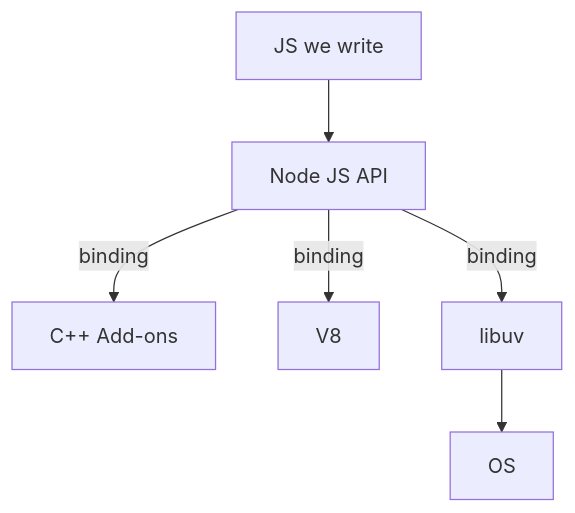
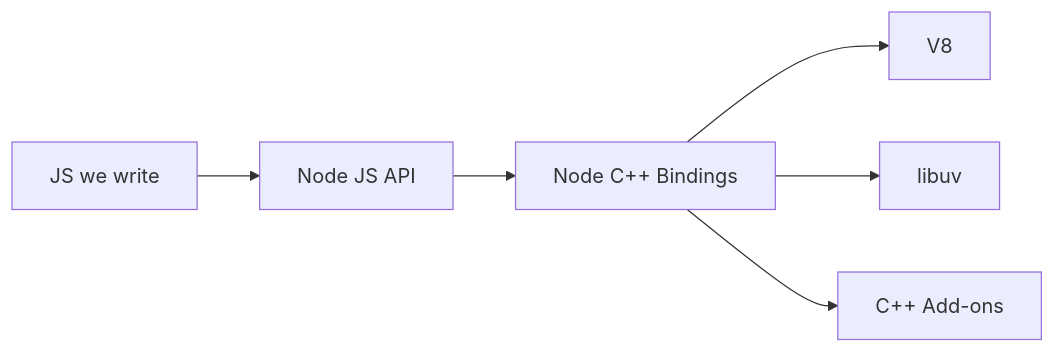
The diagram in nodejs.md (kin-cheung/adv-data-structures), drawn with Mermaid before and after one commit. The commit also changed other lines of this file, not shown here.

````diff
--- a/nodejs.md
+++ b/nodejs.md
@@ -10,11 +9,12 @@
 ```mermaid
-flowchart TD;
+flowchart LR;
   your_js["JS we write"]
   nodejs_js["Node JS API"]
+  binding[" Node C++ Bindings"]
   cpp_addons["C++ Add-ons"]
 
-  your_js --> nodejs_js
-  nodejs_js -- binding --> V8
-  nodejs_js -- binding --> libuv --> OS
-  nodejs_js -- binding --> cpp_addons
+  your_js --> nodejs_js --> binding
+  binding --> V8
+  binding --> libuv
+  binding --> cpp_addons
 ```
````
